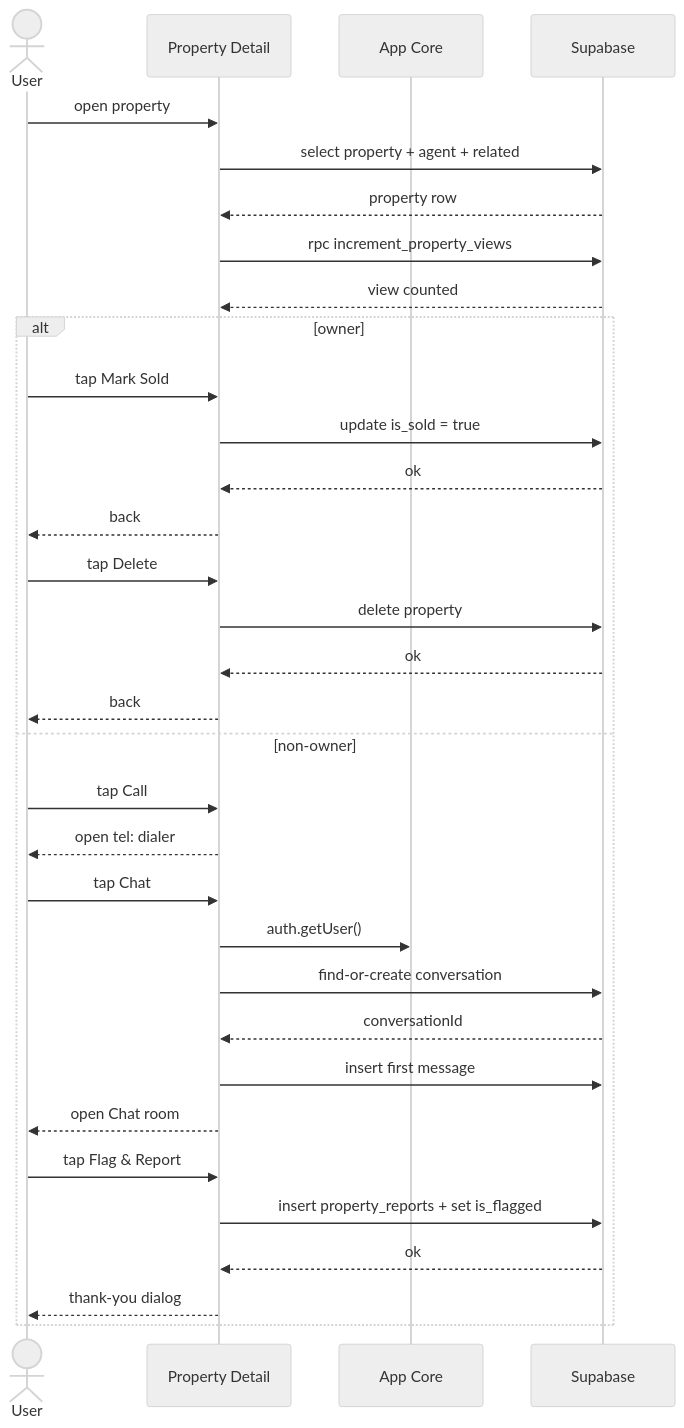
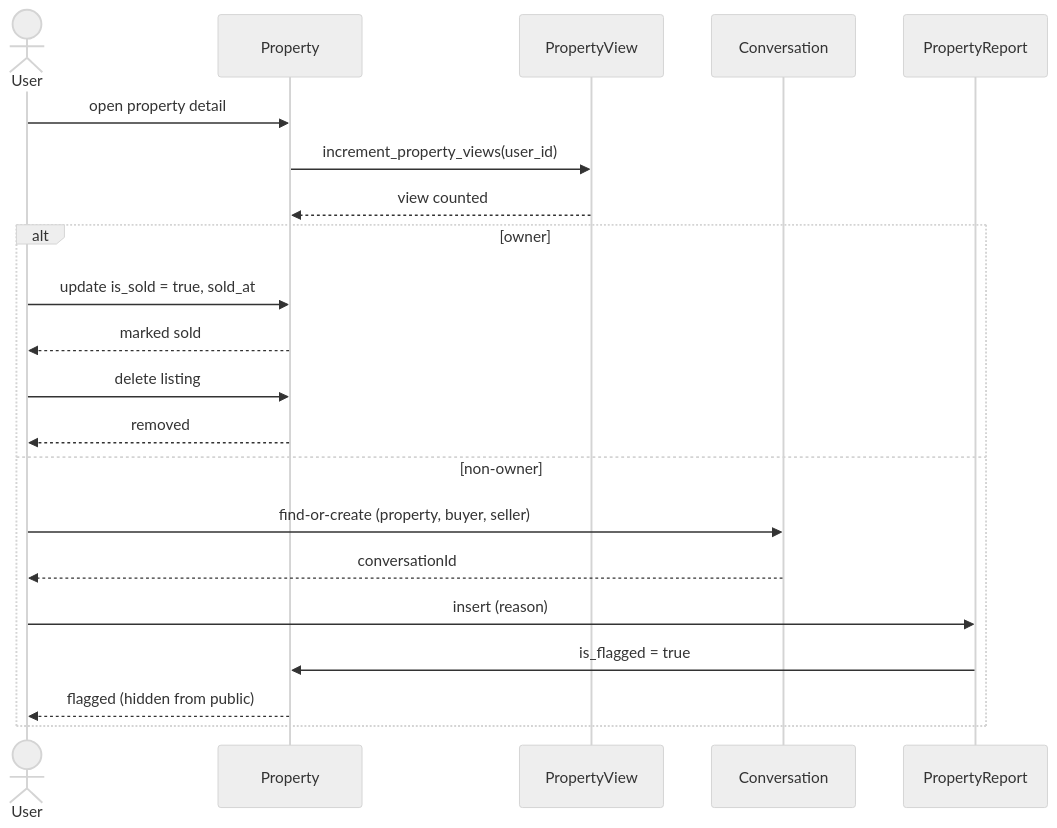
Before and after one commit to phyothant-dev/nestfinder: the diagram in docs/diagrams/sequence-detail.mmd, drawn with Mermaid (neutral theme). The commit also changed 9 other files, not shown here.

Commit message:
Rewrite class diagram around DB tables and redraw sequence diagrams by use-case domain

```diff
--- a/docs/diagrams/sequence-detail.mmd
+++ b/docs/diagrams/sequence-detail.mmd
@@ -1,35 +1,22 @@
 sequenceDiagram
     actor User
-    participant DE as Property Detail
-    participant CO as App Core
-    participant SU as Supabase
+    participant P as Property
+    participant V as PropertyView
+    participant C as Conversation
+    participant R as PropertyReport
 
-    User->>DE: open property
-    DE->>SU: select property + agent + related
-    SU-->>DE: property row
-    DE->>SU: rpc increment_property_views
-    SU-->>DE: view counted
-
+    User->>P: open property detail
+    P->>V: increment_property_views(user_id)
+    V-->>P: view counted
     alt owner
-        User->>DE: tap Mark Sold
-        DE->>SU: update is_sold = true
-        SU-->>DE: ok
-        DE-->>User: back
-        User->>DE: tap Delete
-        DE->>SU: delete property
-        SU-->>DE: ok
-        DE-->>User: back
+        User->>P: update is_sold = true, sold_at
+        P-->>User: marked sold
+        User->>P: delete listing
+        P-->>User: removed
     else non-owner
-        User->>DE: tap Call
-        DE-->>User: open tel: dialer
-        User->>DE: tap Chat
-        DE->>CO: auth.getUser()
-        DE->>SU: find-or-create conversation
-        SU-->>DE: conversationId
-        DE->>SU: insert first message
-        DE-->>User: open Chat room
-        User->>DE: tap Flag & Report
-        DE->>SU: insert property_reports + set is_flagged
-        SU-->>DE: ok
-        DE-->>User: thank-you dialog
+        User->>C: find-or-create (property, buyer, seller)
+        C-->>User: conversationId
+        User->>R: insert (reason)
+        R->>P: is_flagged = true
+        P-->>User: flagged (hidden from public)
     end
```
